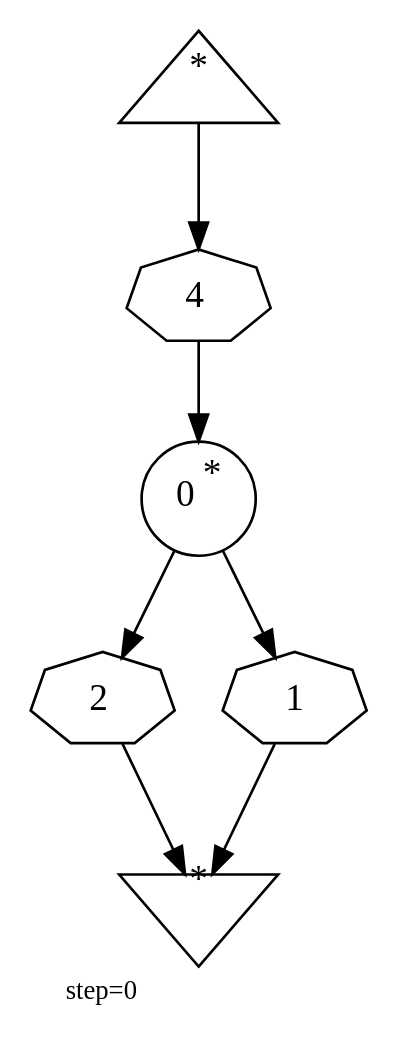
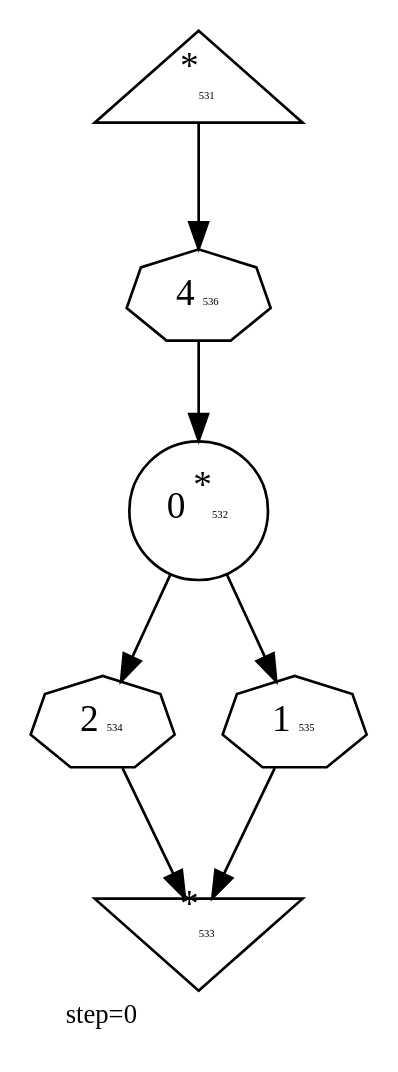
The diagram in ours/101-objects/0089.dot (abarbu/machinations), drawn with Graphviz before and after one commit. The commit also changed 824 other files, not shown here.

```diff
--- a/ours/101-objects/0089.dot
+++ b/ours/101-objects/0089.dot
@@ -1,15 +1,15 @@
 digraph {
   graph  [labelloc=bottom,labeljust=left,fontsize="10",label="step=0"];
-  "531" [shape=triangle,peripheries="1",label=<<SUP>*</SUP>>,labelfontcolor=black,color=black];
-  "532" [shape=circle,peripheries="1",label=<0<SUP>*</SUP>>,labelfontcolor=black,color=black];
-  "533" [shape=invtriangle,peripheries="1",label=<<SUP>*</SUP>>,labelfontcolor=black,color=black];
-  "534" [label=<2>,peripheries="1",color=black,shape=septagon];
+  "531" [shape=triangle,peripheries="1",label=<<SUP>*</SUP><FONT POINT-SIZE='4'>531</FONT>>,labelfontcolor=black,color=black];
+  "532" [shape=circle,peripheries="1",label=<0<SUP>*</SUP><FONT POINT-SIZE='4'>532</FONT>>,labelfontcolor=black,color=black];
+  "533" [shape=invtriangle,peripheries="1",label=<<SUP>*</SUP><FONT POINT-SIZE='4'>533</FONT>>,labelfontcolor=black,color=black];
+  "534" [label=<2<FONT POINT-SIZE='4'>534</FONT>>,peripheries="1",color=black,shape=septagon];
   "532" -> "534" [color=black];
   "534" -> "533" [color=black];
-  "535" [label=<1>,peripheries="1",color=black,shape=septagon];
+  "535" [label=<1<FONT POINT-SIZE='4'>535</FONT>>,peripheries="1",color=black,shape=septagon];
   "532" -> "535" [color=black];
   "535" -> "533" [color=black];
-  "536" [label=<4>,peripheries="1",color=black,shape=septagon];
+  "536" [label=<4<FONT POINT-SIZE='4'>536</FONT>>,peripheries="1",color=black,shape=septagon];
   "531" -> "536" [color=black];
   "536" -> "532" [color=black];
 }
```
